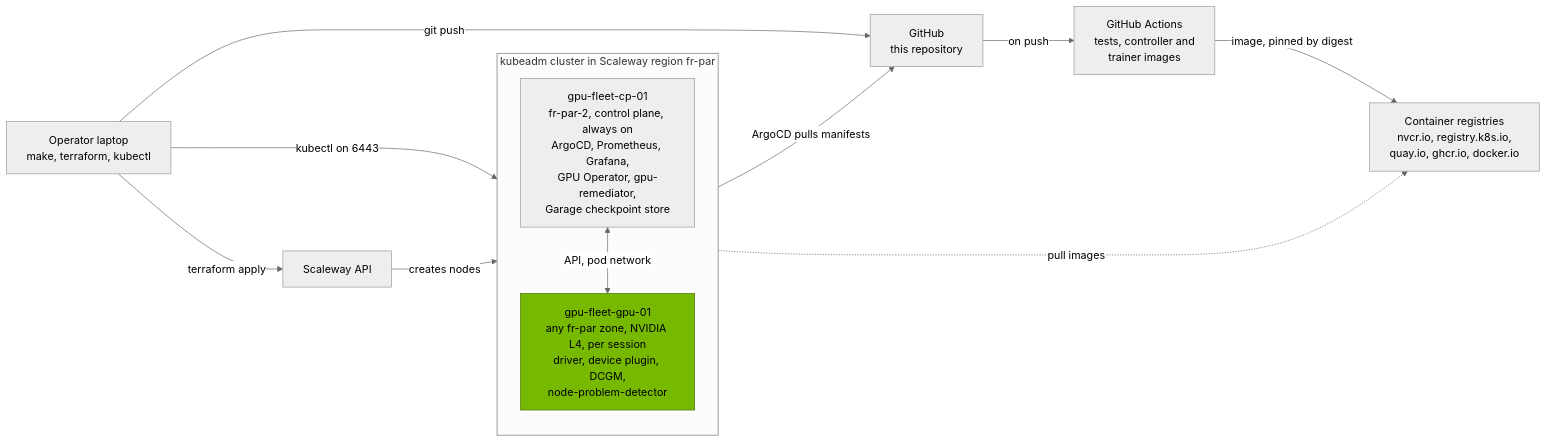
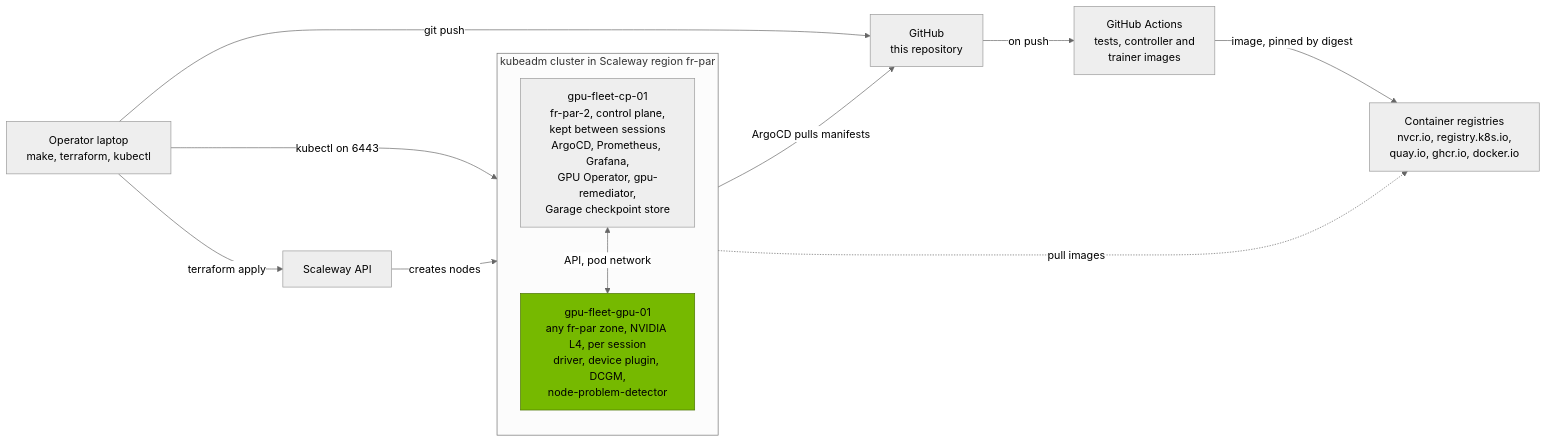
The diagram in README.md (yassineteimi/nvidia-gpu-fleet-poc), drawn with Mermaid (neutral theme) before and after one commit. The commit also changed other lines of this file and 2 other files, not shown here.

````diff
--- a/README.md
+++ b/README.md
@@ -29,27 +35,27 @@
 ```mermaid
 flowchart LR
   laptop["Operator laptop<br/>make, terraform, kubectl"]
   scw["Scaleway API"]
   gh["GitHub<br/>this repository"]
   ci["GitHub Actions<br/>tests, controller and<br/>trainer images"]
   reg["Container registries<br/>nvcr.io, registry.k8s.io,<br/>quay.io, ghcr.io, docker.io"]
 
   subgraph cluster["kubeadm cluster in Scaleway region fr-par"]
     direction TB
-    cp["gpu-fleet-cp-01<br/>fr-par-2, control plane, always on<br/>ArgoCD, Prometheus, Grafana,<br/>GPU Operator, gpu-remediator,<br/>Garage checkpoint store"]
+    cp["gpu-fleet-cp-01<br/>fr-par-2, control plane,<br/>kept between sessions<br/>ArgoCD, Prometheus, Grafana,<br/>GPU Operator, gpu-remediator,<br/>Garage checkpoint store"]
     gpu["gpu-fleet-gpu-01<br/>any fr-par zone, NVIDIA L4, per session<br/>driver, device plugin, DCGM,<br/>node-problem-detector"]
     cp <-->|"API, pod network"| gpu
   end
 
   laptop -->|"terraform apply"| scw
   scw -->|"creates nodes"| cluster
   laptop -->|"kubectl on 6443"| cp
   laptop -->|"git push"| gh
   gh -->|"on push"| ci
   ci -->|"image, pinned by digest"| reg
   cp -->|"ArgoCD pulls manifests"| gh
   cluster -.->|"pull images"| reg
 
   classDef nv fill:#76b900,stroke:#4a7300,color:#000
   class gpu nv
 ```
````
